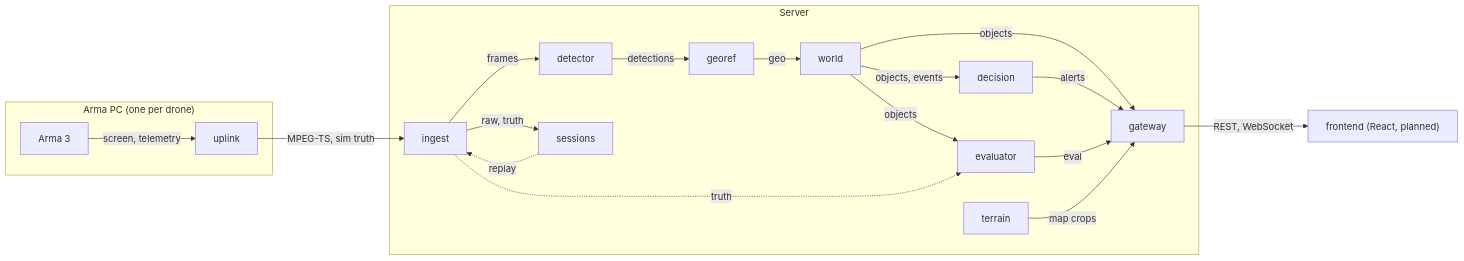
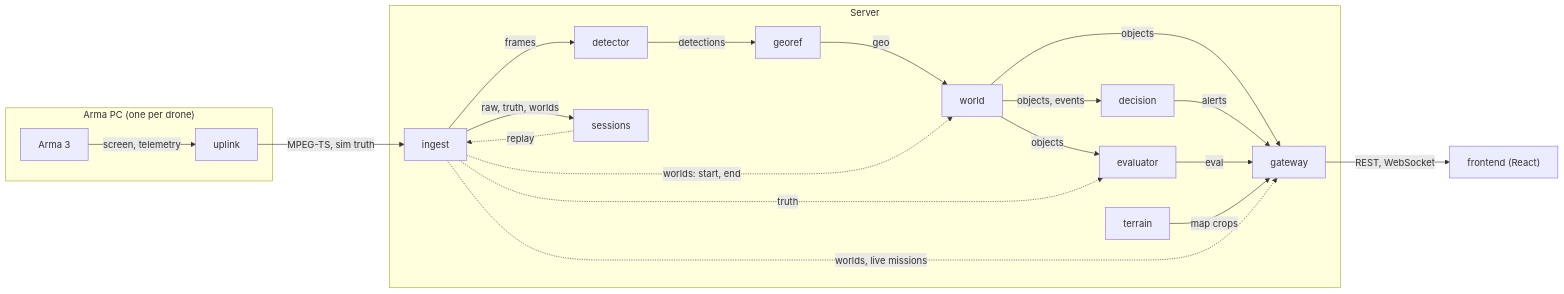
Before and after one commit to BLADE-PWR/blade: the diagram in docs/architecture.mmd, drawn with Mermaid. The commit also changed 5 other files, not shown here.

Commit message:
docs for missions, worlds and drones

```diff
--- a/docs/architecture.mmd
+++ b/docs/architecture.mmd
@@ -1,24 +1,26 @@
 flowchart LR
     subgraph pc["Arma PC (one per drone)"]
         game["Arma 3"] -->|screen, telemetry| uplink
     end
 
     subgraph server["Server"]
         ingest -->|frames| detector
         detector -->|detections| georef
         georef -->|geo| world
-        ingest -->|raw, truth| sessions
+        ingest -->|raw, truth, worlds| sessions
         sessions -.->|replay| ingest
+        ingest -.->|worlds: start, end| world
         world -->|objects, events| decision
         world -->|objects| evaluator
         ingest -.->|truth| evaluator
         terrain
         gateway
     end
 
     uplink -->|MPEG-TS, sim truth| ingest
     world -->|objects| gateway
     decision -->|alerts| gateway
     evaluator -->|eval| gateway
     terrain -->|map crops| gateway
-    gateway -->|REST, WebSocket| frontend["frontend (React, planned)"]
+    ingest -.->|worlds, live missions| gateway
+    gateway -->|REST, WebSocket| frontend["frontend (React)"]
```
